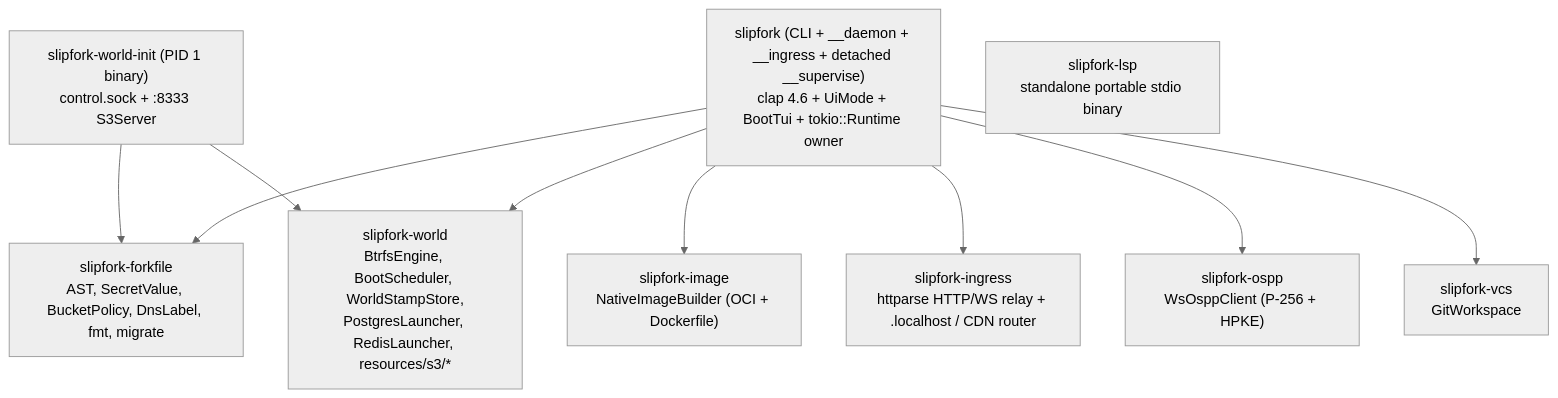
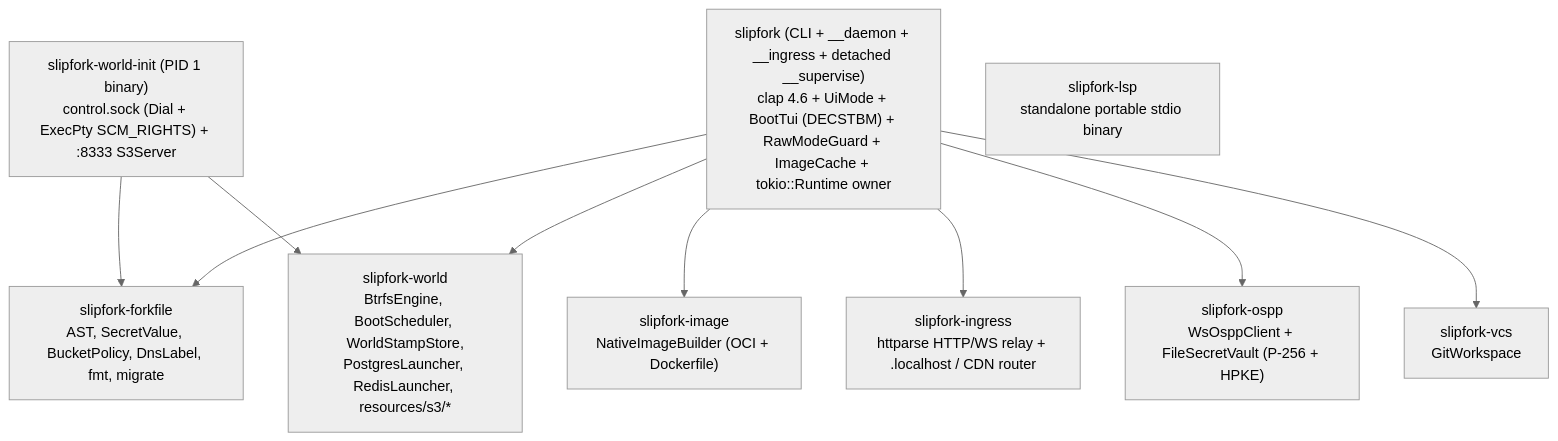
Before and after one commit to OffworldNexus/slipfork: the first of 3 diagrams in ARCHITECTURE.md, drawn with Mermaid (neutral theme). The commit also changed other lines of this file and 12 other files, not shown here.

Commit message:
[M3.49] Lock specs: real-PTY slipfork shell (db/redis deleted), DECSTBM 1-line-per-task bar & <1s 8-component fork

````diff
--- a/ARCHITECTURE.md
+++ b/ARCHITECTURE.md
@@ -12,15 +12,15 @@
 ```mermaid
 flowchart TD
-  Root["slipfork (CLI + __daemon + __ingress + detached __supervise)<br/>clap 4.6 + UiMode + BootTui + tokio::Runtime owner"]
-  Init["slipfork-world-init (PID 1 binary)<br/>control.sock + :8333 S3Server"]
+  Root["slipfork (CLI + __daemon + __ingress + detached __supervise)<br/>clap 4.6 + UiMode + BootTui (DECSTBM) + RawModeGuard + ImageCache + tokio::Runtime owner"]
+  Init["slipfork-world-init (PID 1 binary)<br/>control.sock (Dial + ExecPty SCM_RIGHTS) + :8333 S3Server"]
   FF["slipfork-forkfile<br/>AST, SecretValue, BucketPolicy, DnsLabel, fmt, migrate"]
   World["slipfork-world<br/>BtrfsEngine, BootScheduler, WorldStampStore,<br/>PostgresLauncher, RedisLauncher, resources/s3/*"]
   Image["slipfork-image<br/>NativeImageBuilder (OCI + Dockerfile)"]
   Ingress["slipfork-ingress<br/>httparse HTTP/WS relay + .localhost / CDN router"]
-  Ospp["slipfork-ospp<br/>WsOsppClient (P-256 + HPKE)"]
+  Ospp["slipfork-ospp<br/>WsOsppClient + FileSecretVault (P-256 + HPKE)"]
   Vcs["slipfork-vcs<br/>GitWorkspace"]
   Lsp["slipfork-lsp<br/>standalone portable stdio binary"]
 
   Root --> FF & World & Image & Ingress & Ospp & Vcs
   Init --> World & FF
 ```
````
